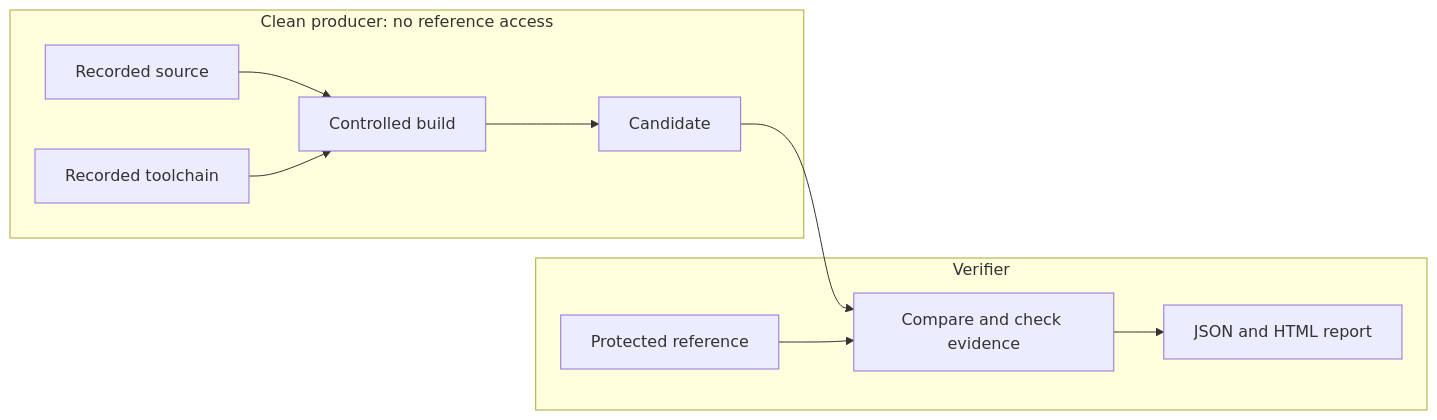
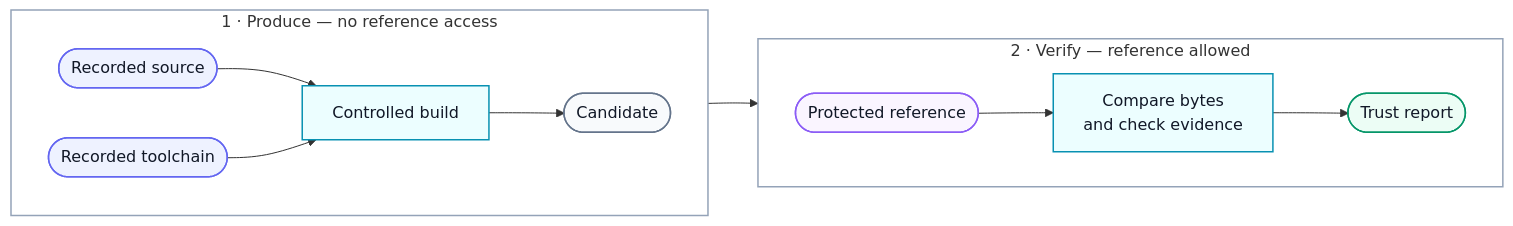
Before and after one commit to foxtacles/reprobit: the second of 3 diagrams in README.md, drawn with Mermaid. The commit also changed other lines of this file and 3 other files, not shown here.

Commit message:
Replace raster logo and clarify project diagrams

````diff
--- a/README.md
+++ b/README.md
@@ -81,13 +104,32 @@
 ```mermaid
 flowchart LR
-    subgraph P["Clean producer: no reference access"]
-        S["Recorded source"] --> B["Controlled build"]
-        T["Recorded toolchain"] --> B
-        B --> C["Candidate"]
+    accTitle: ReproBit's clean verification boundary
+    accDescr: The producer cannot see the reference. The verifier compares it with the candidate and reports.
+
+    subgraph P["1 · Produce — no reference access"]
+        direction LR
+        S(["Recorded source"]) --> B["Controlled build"]
+        T(["Recorded toolchain"]) --> B
+        B --> C(["Candidate"])
     end
-    subgraph V["Verifier"]
-        C --> Q["Compare and check evidence"]
-        R["Protected reference"] --> Q
-        Q --> O["JSON and HTML report"]
+    subgraph V["2 · Verify — reference allowed"]
+        direction LR
+        R(["Protected reference"]) --> Q["Compare bytes<br/>and check evidence"]
+        Q --> O(["Trust report"])
     end
+    C --> Q
+    P ~~~ V
+
+    classDef input fill:#eef2ff,stroke:#6366f1,color:#111827,stroke-width:1.5px
+    classDef process fill:#ecfeff,stroke:#0891b2,color:#111827,stroke-width:1.5px
+    classDef artifact fill:#f8fafc,stroke:#64748b,color:#111827,stroke-width:1.5px
+    classDef result fill:#ecfdf5,stroke:#059669,color:#111827,stroke-width:1.5px
+    classDef reference fill:#faf5ff,stroke:#8b5cf6,color:#111827,stroke-width:1.5px
+    class S,T input
+    class B,Q process
+    class C artifact
+    class O result
+    class R reference
+    style P fill:transparent,stroke:#94a3b8,stroke-width:1.5px
+    style V fill:transparent,stroke:#94a3b8,stroke-width:1.5px
 ```
````
